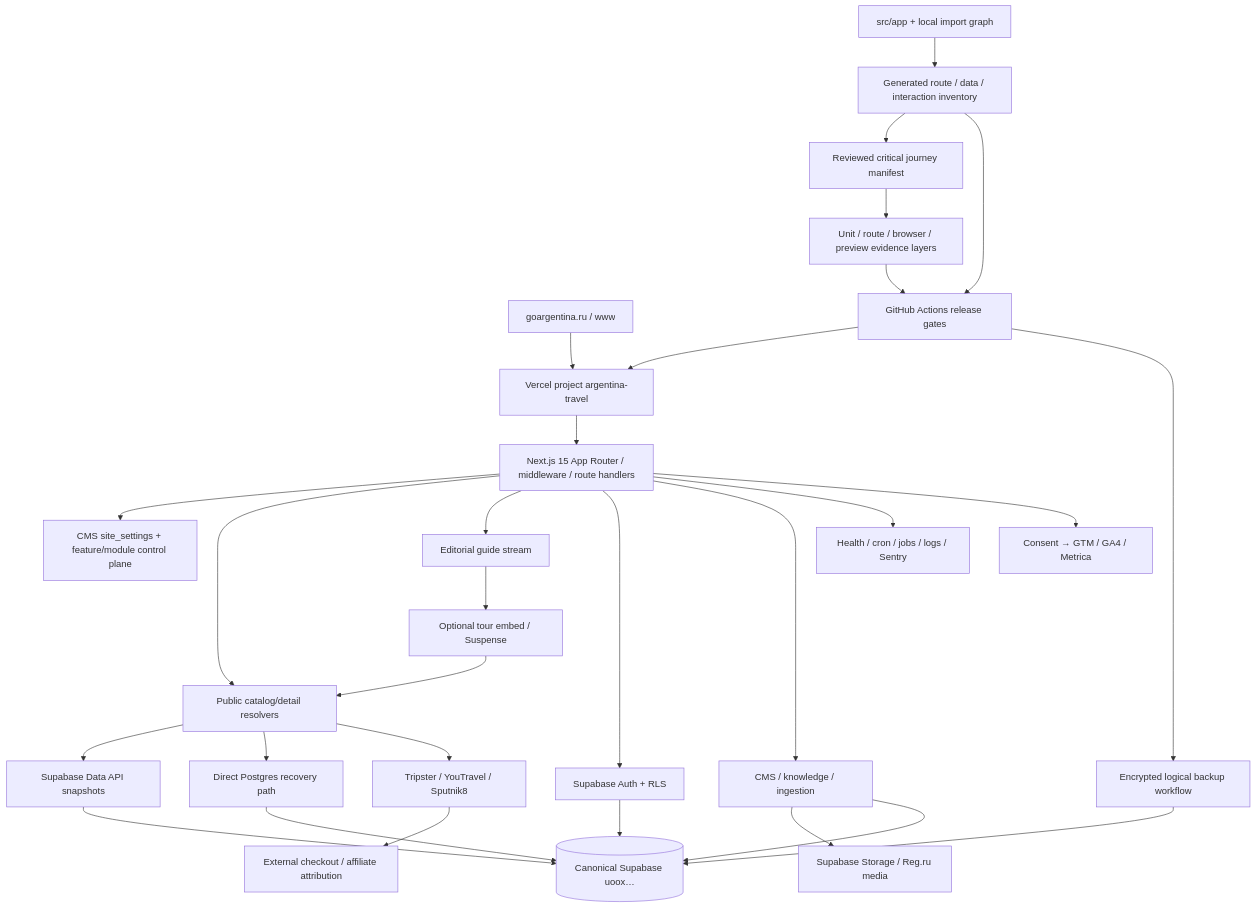
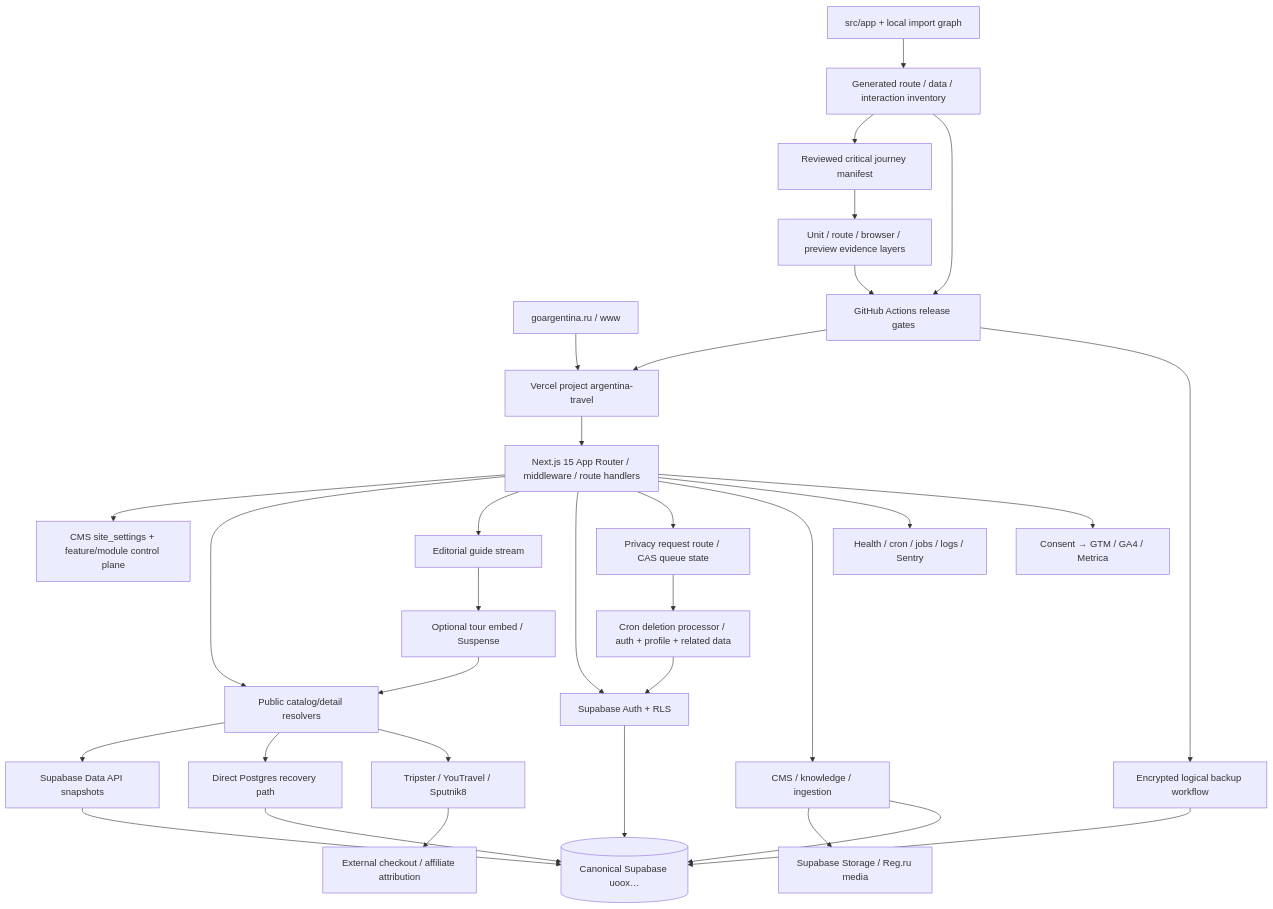
Before and after one commit to Evdokimychev/argentina-travel: the diagram in docs/project-governance/DEPENDENCY_GRAPH.md, drawn with Mermaid. The commit also changed other lines of this file and 6 other files, not shown here.

````diff
--- a/docs/project-governance/DEPENDENCY_GRAPH.md
+++ b/docs/project-governance/DEPENDENCY_GRAPH.md
@@ -5,31 +5,34 @@
 ```mermaid
 flowchart TD
   DNS["goargentina.ru / www"] --> Vercel["Vercel project argentina-travel"]
   Vercel --> Next["Next.js 15 App Router / middleware / route handlers"]
   Next --> Control["CMS site_settings + feature/module control plane"]
   Next --> Resolver["Public catalog/detail resolvers"]
   Next --> Guide["Editorial guide stream"]
   Guide --> Optional["Optional tour embed / Suspense"]
   Optional --> Resolver
   Next --> Auth["Supabase Auth + RLS"]
+  Next --> Privacy["Privacy request route / CAS queue state"]
+  Privacy --> Processor["Cron deletion processor / auth + profile + related data"]
+  Processor --> Auth
   Next --> CMS["CMS / knowledge / ingestion"]
   Resolver --> Rest["Supabase Data API snapshots"]
   Resolver --> PG["Direct Postgres recovery path"]
   Resolver --> Partners["Tripster / YouTravel / Sputnik8"]
   Partners --> Affiliate["External checkout / affiliate attribution"]
   CMS --> Storage["Supabase Storage / Reg.ru media"]
   Next --> Ops["Health / cron / jobs / logs / Sentry"]
   Next --> Analytics["Consent → GTM / GA4 / Metrica"]
   GitHub["GitHub Actions release gates"] --> Vercel
   Source["src/app + local import graph"] --> Inventory["Generated route / data / interaction inventory"]
   Inventory --> Critical["Reviewed critical journey manifest"]
   Critical --> Contracts["Unit / route / browser / preview evidence layers"]
   Inventory --> GitHub
   Contracts --> GitHub
   GitHub --> Backup["Encrypted logical backup workflow"]
   Backup --> Supabase[("Canonical Supabase uoox…")]
   Rest --> Supabase
   PG --> Supabase
   Auth --> Supabase
   CMS --> Supabase
 ```
````
